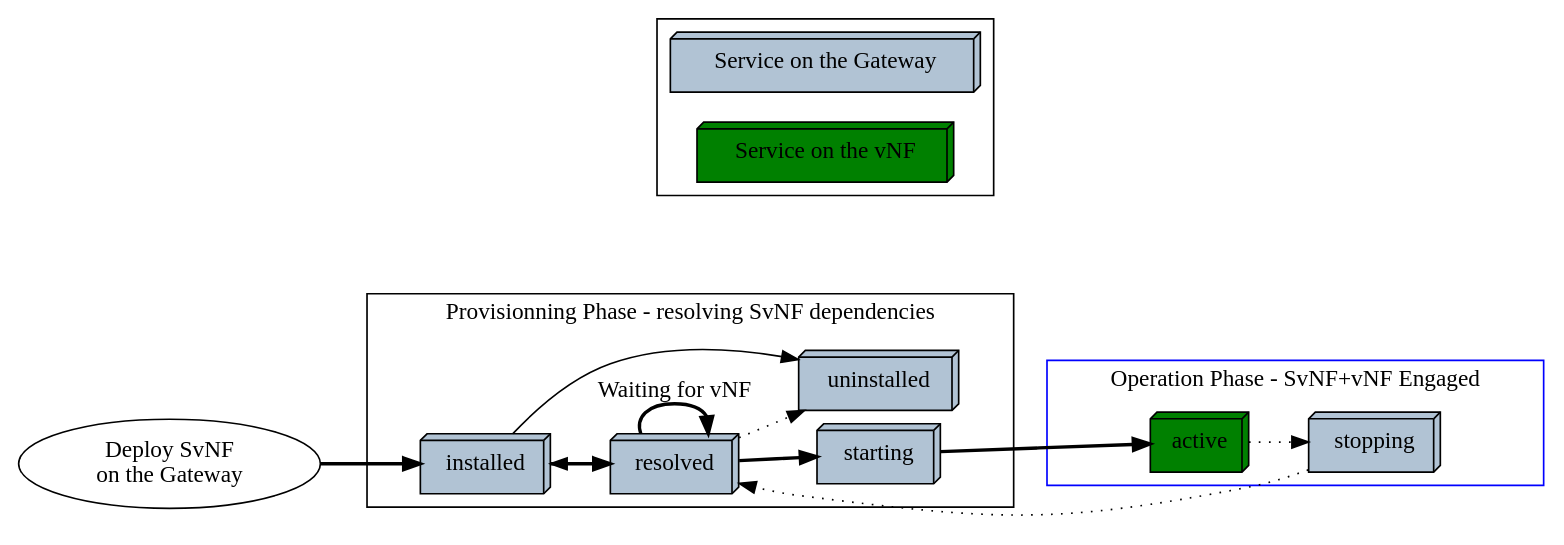
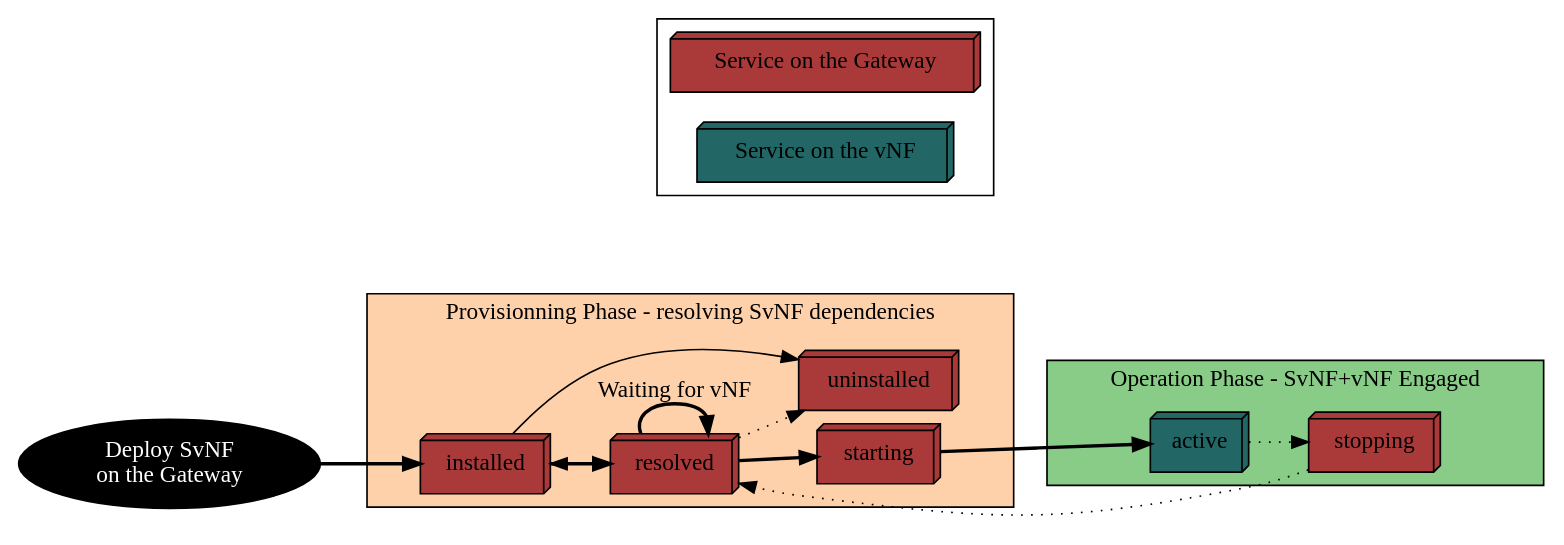
One commit to nherbaut/home-gateway-migration-paper changed the diagram in fig/osgi.dot. Above: the diagram before and after it, drawn with Graphviz. The commit also changed 10 other files, not shown here.

Commit message:
new graph, updated layout

```diff
--- a/fig/osgi.dot
+++ b/fig/osgi.dot
@@ -1,52 +1,55 @@
 digraph graphname {
  
  
  rankdir=LR;
  #layout=neato;
 overlap=false;
 splines=true;
 pack=true;
 start="random";
 sep=0.1;
 
  
   
-  start [label = "Deploy SvNF \non the Gateway", shape="oval",  color="black"];
-  installed [shape = "box3d", fillcolor="#B1C3D4", style="filled"];
-  uninstalled [shape = "box3d", fillcolor="#B1C3D4", style="filled"];
-  starting [shape = "box3d", fillcolor="#B1C3D4", style="filled"];
+  start [label = "Deploy SvNF \non the Gateway", shape="oval",  style="filled",fillcolor="black",fontcolor="white"];
+  installed [shape = "box3d", fillcolor="#AA3939", style="filled"];
+  uninstalled [shape = "box3d", fillcolor="#AA3939", style="filled"];
+  starting [shape = "box3d", fillcolor="#AA3939", style="filled"];
   
-  stopping [shape = "box3d", fillcolor="#B1C3D4", style="filled",weight=5];
-  active [shape = "box3d", fillcolor="green", style="filled",weight=10];
-  resolved [shape = "box3d",fillcolor="#B1C3D4", style="filled"];
+  stopping [shape = "box3d", fillcolor="#AA3939", style="filled",weight=5];
+  active [shape = "box3d", fillcolor="#226666", style="filled",weight=10];
+  resolved [shape = "box3d",fillcolor="#AA3939", style="filled"];
   
   
   start -> installed [label = "",fontcolor="black",constraint=true,penwidth=2];
  
 	
 	 subgraph cluster1{
-	installed -> uninstalled [arrowhead=normal,arrowtail=dot];
-	installed -> resolved [label = "resolve", labeldistance=2;fontsize=10, fontcolor="dimgray",constraint=true,penwidth=2]
-	resolved -> installed  [constraint=true,style=dotted];
-	resolved -> uninstalled [style=dotted];
-	resolved -> starting [label = "start",fontsize=10, fontcolor="dimgray",penwidth=2];
-	resolved -> resolved [label = "Waiting for vNF",penwidth=2];
-	label="Provisionning Phase - resolving SvNF dependencies";
+		 style="filled";
+		 fillcolor="#FFD1AA";
+		installed -> uninstalled [arrowhead=normal,arrowtail=dot];
+		installed -> resolved [label = "resolve", labeldistance=2;fontsize=10, fontcolor="dimgray",constraint=true,penwidth=2]
+		resolved -> installed  [constraint=true,style=dotted];
+		resolved -> uninstalled [style=dotted];
+		resolved -> starting [label = "start",fontsize=10, fontcolor="dimgray",penwidth=2];
+		resolved -> resolved [label = "Waiting for vNF",penwidth=2];
+		label="Provisionning Phase - resolving SvNF dependencies";
 }
 
 subgraph cluster0{
-
+		style="filled";
+		fillcolor="#88CC88";
 		rank="sink";
 		starting -> active [ label = "vNF Available", fontcolor="black", fontsize=14, constraint=true,penwidth=2];
 		active -> stopping [label = "stop",fontsize=10, fontcolor="dimgray",constraint=true,style=dotted];
 		stopping -> resolved [constraint=true,style=dotted];
-		color="blue";
+		
 		label="Operation Phase - SvNF+vNF Engaged";
 		
 	}
 	subgraph cluster2{
- legacy [label = "Service on the Gateway", shape = "box3d", style=filled,fillcolor="#B1C3D4" ];
-  vNF [label = "Service on the vNF", shape = "box3d", fillcolor="green", style="filled", nodesep=0.05];
+ legacy [label = "Service on the Gateway", shape = "box3d", style=filled,fillcolor="#AA3939" ];
+  vNF [label = "Service on the vNF", shape = "box3d", fillcolor="#226666", style="filled", nodesep=0.05];
   }
 
  }
```
